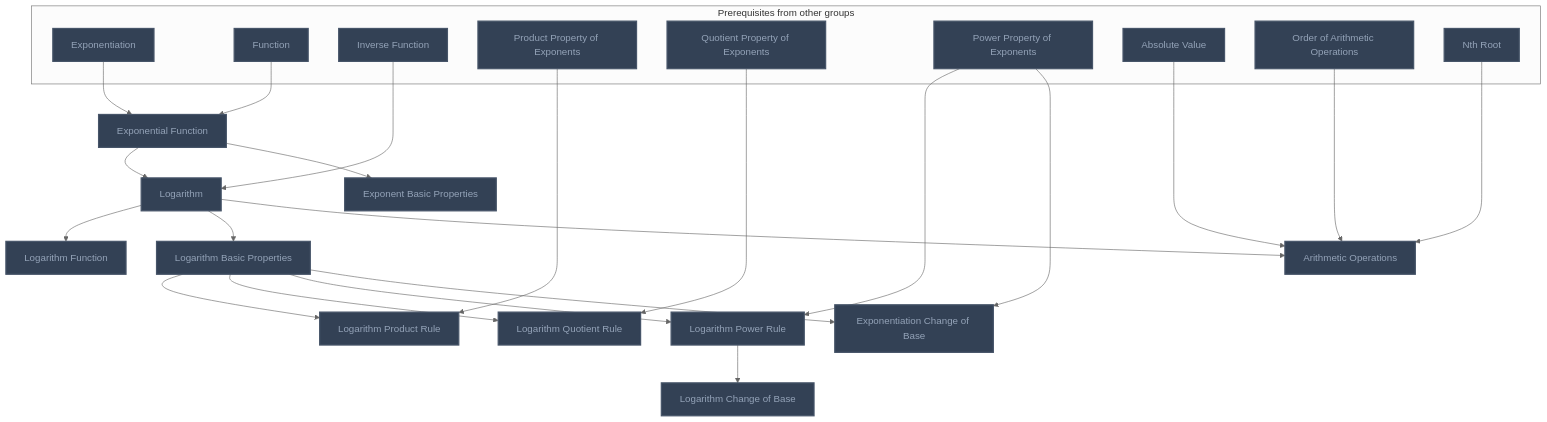
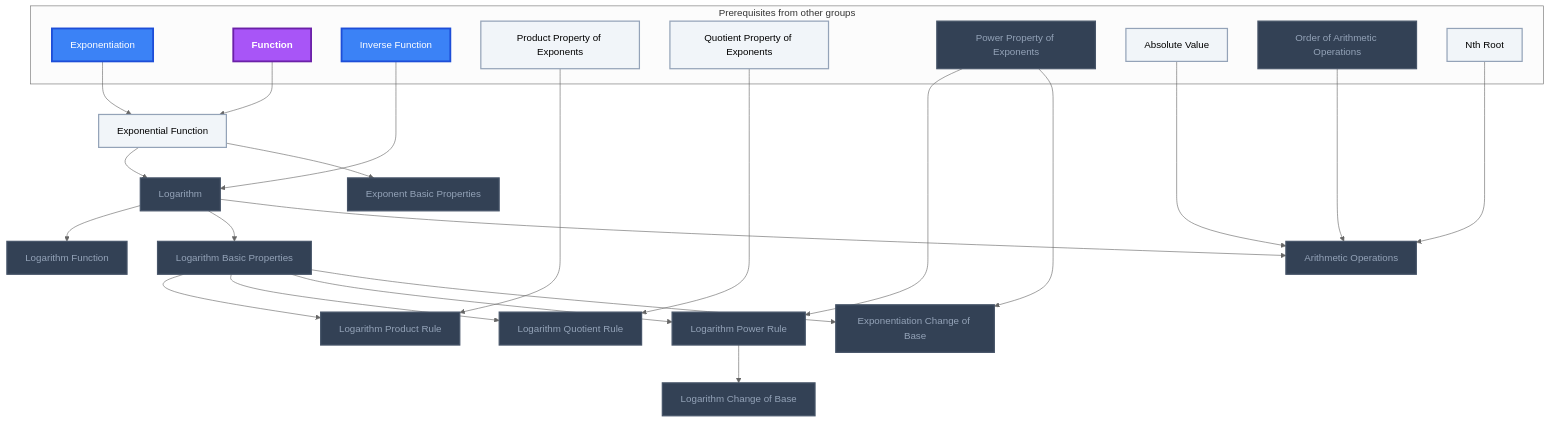
The sixth of 11 diagrams in Gamification/Skill Trees/Pre-Calculus.md (MRauf1/My-Notes), drawn with Mermaid (neutral theme) before and after one commit. The commit also changed other lines of this file and 156 other files, not shown here.

````diff
--- a/Gamification/Skill Trees/Pre-Calculus.md
+++ b/Gamification/Skill Trees/Pre-Calculus.md
@@ -432,56 +446,59 @@
 ```mermaid
 flowchart TD
     classDef planned fill:#1E293B,stroke:#64748B,stroke-width:2px,stroke-dasharray:5 5,color:#94A3B8;
     classDef locked fill:#334155,stroke:#475569,stroke-width:2px,color:#94A3B8;
     classDef L0 fill:#F1F5F9,stroke:#94A3B8,stroke-width:2px,color:#000000;
     classDef L1 fill:#22C55E,stroke:#15803D,stroke-width:2px,color:#000000;
     classDef L2 fill:#3B82F6,stroke:#1D4ED8,stroke-width:3px,color:#FFFFFF;
     classDef L3 fill:#A855F7,stroke:#6B21A8,stroke-width:3px,color:#FFFFFF,font-weight:bold;
     classDef L4 fill:#F97316,stroke:#C2410C,stroke-width:4px,color:#000000,font-weight:bold;
     classDef L5 fill:#FFD700,stroke:#FF8C00,stroke-width:5px,color:#000000,font-weight:bold;
     classDef rusty stroke:#8B4513,stroke-width:4px,stroke-dasharray:3 3;
     subgraph sg_prereqs["Prerequisites from other groups"]
         n_exponentiation["Exponentiation"]
         n_function["Function"]
         n_inverse_function["Inverse Function"]
         n_product_property_of_exponents["Product Property of Exponents"]
         n_quotient_property_of_exponents["Quotient Property of Exponents"]
         n_power_property_of_exponents["Power Property of Exponents"]
         n_absolute_value["Absolute Value"]
         n_order_of_arithmetic_operations["Order of Arithmetic Operations"]
         n_nth_root["Nth Root"]
     end
     n_exponential_function["Exponential Function"]
     n_logarithm["Logarithm"]
     n_logarithm_function["Logarithm Function"]
     n_logarithm_basic_properties["Logarithm Basic Properties"]
     n_exponent_basic_properties["Exponent Basic Properties"]
     n_logarithm_product_rule["Logarithm Product Rule"]
     n_logarithm_quotient_rule["Logarithm Quotient Rule"]
     n_logarithm_power_rule["Logarithm Power Rule"]
     n_exponentiation_change_of_base["Exponentiation Change of Base"]
     n_logarithm_change_of_base["Logarithm Change of Base"]
     n_arithmetic_operations["Arithmetic Operations"]
     n_exponentiation --> n_exponential_function
     n_function --> n_exponential_function
     n_inverse_function --> n_logarithm
     n_exponential_function --> n_logarithm
     n_logarithm --> n_logarithm_function
     n_logarithm --> n_logarithm_basic_properties
     n_exponential_function --> n_exponent_basic_properties
     n_product_property_of_exponents --> n_logarithm_product_rule
     n_logarithm_basic_properties --> n_logarithm_product_rule
     n_quotient_property_of_exponents --> n_logarithm_quotient_rule
     n_logarithm_basic_properties --> n_logarithm_quotient_rule
     n_power_property_of_exponents --> n_logarithm_power_rule
     n_logarithm_basic_properties --> n_logarithm_power_rule
     n_power_property_of_exponents --> n_exponentiation_change_of_base
     n_logarithm_basic_properties --> n_exponentiation_change_of_base
     n_logarithm_power_rule --> n_logarithm_change_of_base
     n_absolute_value --> n_arithmetic_operations
     n_order_of_arithmetic_operations --> n_arithmetic_operations
     n_nth_root --> n_arithmetic_operations
     n_logarithm --> n_arithmetic_operations
-    class n_exponentiation,n_function,n_inverse_function,n_product_property_of_exponents,n_quotient_property_of_exponents,n_power_property_of_exponents,n_absolute_value,n_order_of_arithmetic_operations,n_nth_root,n_exponential_function,n_logarithm,n_logarithm_function,n_logarithm_basic_properties,n_exponent_basic_properties,n_logarithm_product_rule,n_logarithm_quotient_rule,n_logarithm_power_rule,n_exponentiation_change_of_base,n_logarithm_change_of_base,n_arithmetic_operations locked;
+    class n_power_property_of_exponents,n_order_of_arithmetic_operations,n_logarithm,n_logarithm_function,n_logarithm_basic_properties,n_exponent_basic_properties,n_logarithm_product_rule,n_logarithm_quotient_rule,n_logarithm_power_rule,n_exponentiation_change_of_base,n_logarithm_change_of_base,n_arithmetic_operations locked;
+    class n_product_property_of_exponents,n_quotient_property_of_exponents,n_absolute_value,n_nth_root,n_exponential_function L0;
+    class n_exponentiation,n_inverse_function L2;
+    class n_function L3;
     class n_exponentiation,n_function,n_inverse_function,n_product_property_of_exponents,n_quotient_property_of_exponents,n_power_property_of_exponents,n_absolute_value,n_order_of_arithmetic_operations,n_nth_root,n_exponential_function,n_logarithm,n_logarithm_function,n_logarithm_basic_properties,n_exponent_basic_properties,n_logarithm_product_rule,n_logarithm_quotient_rule,n_logarithm_power_rule,n_exponentiation_change_of_base,n_logarithm_change_of_base,n_arithmetic_operations internal-link;
 ```
````
